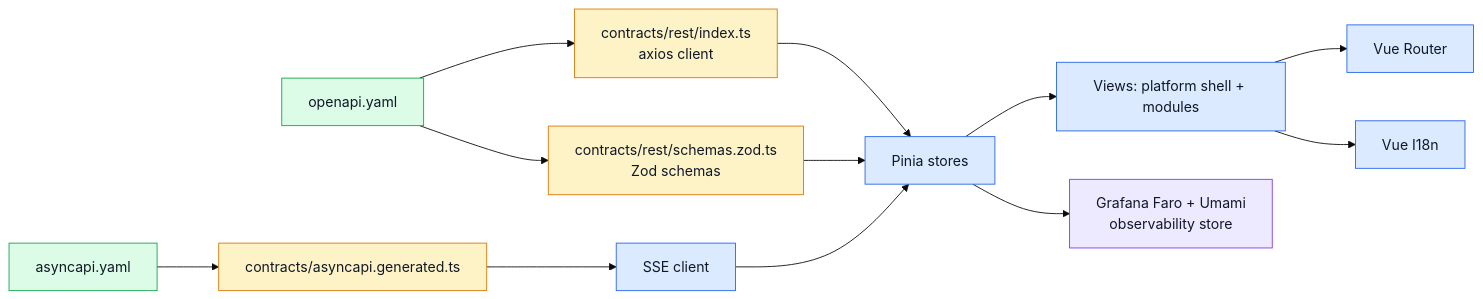
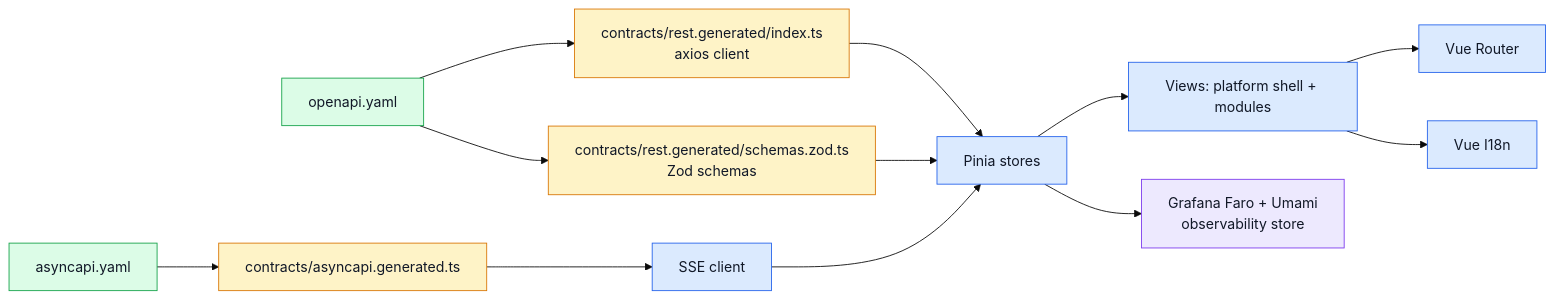
Before and after one commit to Guebbit/boilerplate-vue-frontend: the second of 2 diagrams in docs/index.md, drawn with Mermaid (base theme). The commit also changed 99 other files, not shown here.

First line of the commit message:
refactor(contracts): mark every generated output with a .generated name

````diff
--- a/docs/index.md
+++ b/docs/index.md
@@ -100,26 +100,26 @@
 ```mermaid
 %%{init: {'flowchart': {'nodeSpacing': 55, 'rankSpacing': 70}}}%%
 flowchart LR
-    OpenSpec[openapi.yaml] --> Client[contracts/rest/index.ts\naxios client]
-    OpenSpec --> Schemas[contracts/rest/schemas.zod.ts\nZod schemas]
+    OpenSpec[openapi.yaml] --> Client[contracts/rest.generated/index.ts\naxios client]
+    OpenSpec --> Schemas[contracts/rest.generated/schemas.zod.ts\nZod schemas]
     AsyncSpec[asyncapi.yaml] --> Realtime[contracts/asyncapi.generated.ts]
 
     Client --> Stores[Pinia stores]
     Schemas --> Stores
     Stores --> Views[Views: platform shell + modules]
     Views --> Router[Vue Router]
     Views --> I18N[Vue I18n]
     Realtime --> RTClients[SSE client]
     RTClients --> Stores
 
     Stores --> Obs[Grafana Faro + Umami\nobservability store]
 
     classDef contract fill:#dcfce7,stroke:#16a34a,color:#111827;
     classDef generated fill:#fef3c7,stroke:#d97706,color:#111827;
     classDef app fill:#dbeafe,stroke:#2563eb,color:#111827;
     classDef obs fill:#ede9fe,stroke:#7c3aed,color:#111827;
     class OpenSpec,AsyncSpec contract;
     class Client,Schemas,Realtime generated;
     class Stores,Views,Router,I18N,RTClients app;
     class Obs obs;
 ```
````
